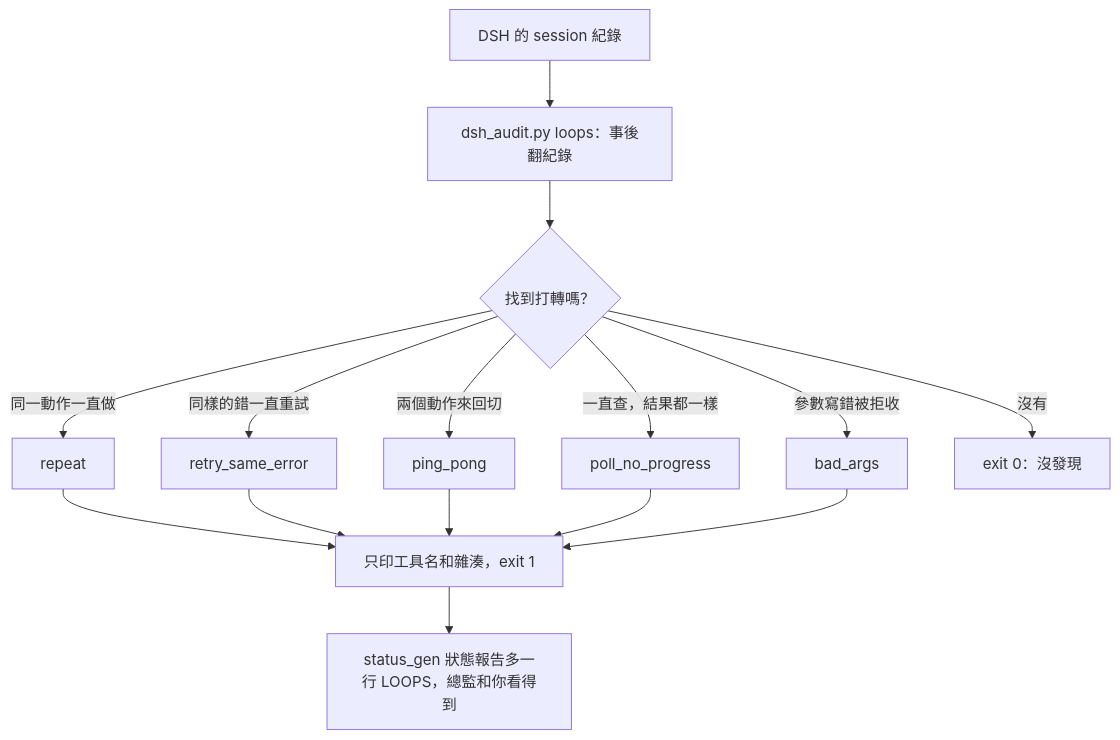
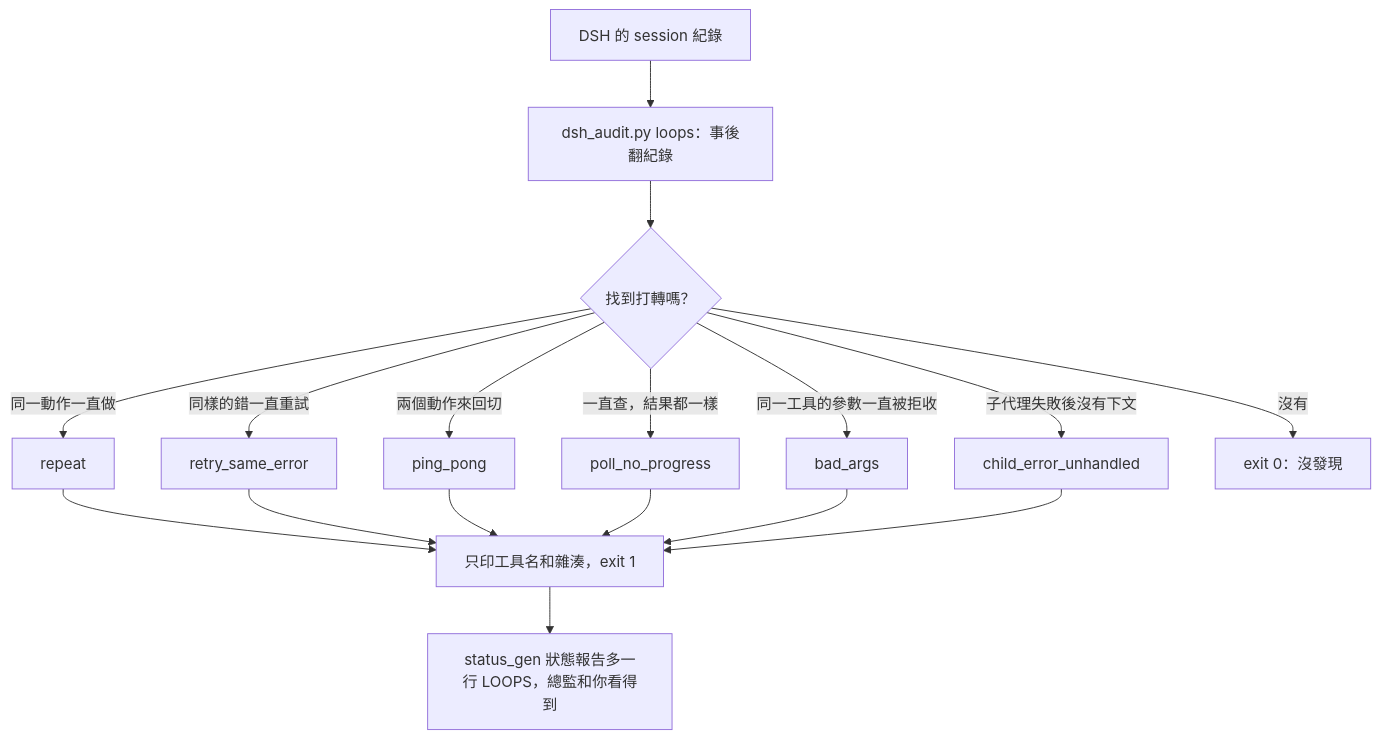
Before and after one commit to scottpuppylu/DIRECTOR-WORK-DeepSeek: the tenth of 13 diagrams in README.md, drawn with Mermaid. The commit also changed other lines of this file and 31 other files, not shown here.

````diff
--- a/README.md
+++ b/README.md
@@ -389,17 +389,19 @@
 ```mermaid
 flowchart TD
     L["DSH 的 session 紀錄"] --> A["dsh_audit.py loops：事後翻紀錄"]
     A --> B{"找到打轉嗎？"}
     B -->|"同一動作一直做"| R["repeat"]
     B -->|"同樣的錯一直重試"| T["retry_same_error"]
     B -->|"兩個動作來回切"| P["ping_pong"]
     B -->|"一直查，結果都一樣"| Q["poll_no_progress"]
-    B -->|"參數寫錯被拒收"| G["bad_args"]
+    B -->|"同一工具的參數一直被拒收"| G["bad_args"]
+    B -->|"子代理失敗後沒有下文"| K["child_error_unhandled"]
     B -->|"沒有"| N["exit 0：沒發現"]
     R --> O["只印工具名和雜湊，exit 1"]
     T --> O
     P --> O
     Q --> O
     G --> O
+    K --> O
     O --> S["status_gen 狀態報告多一行 LOOPS，總監和你看得到"]
 ```
````
